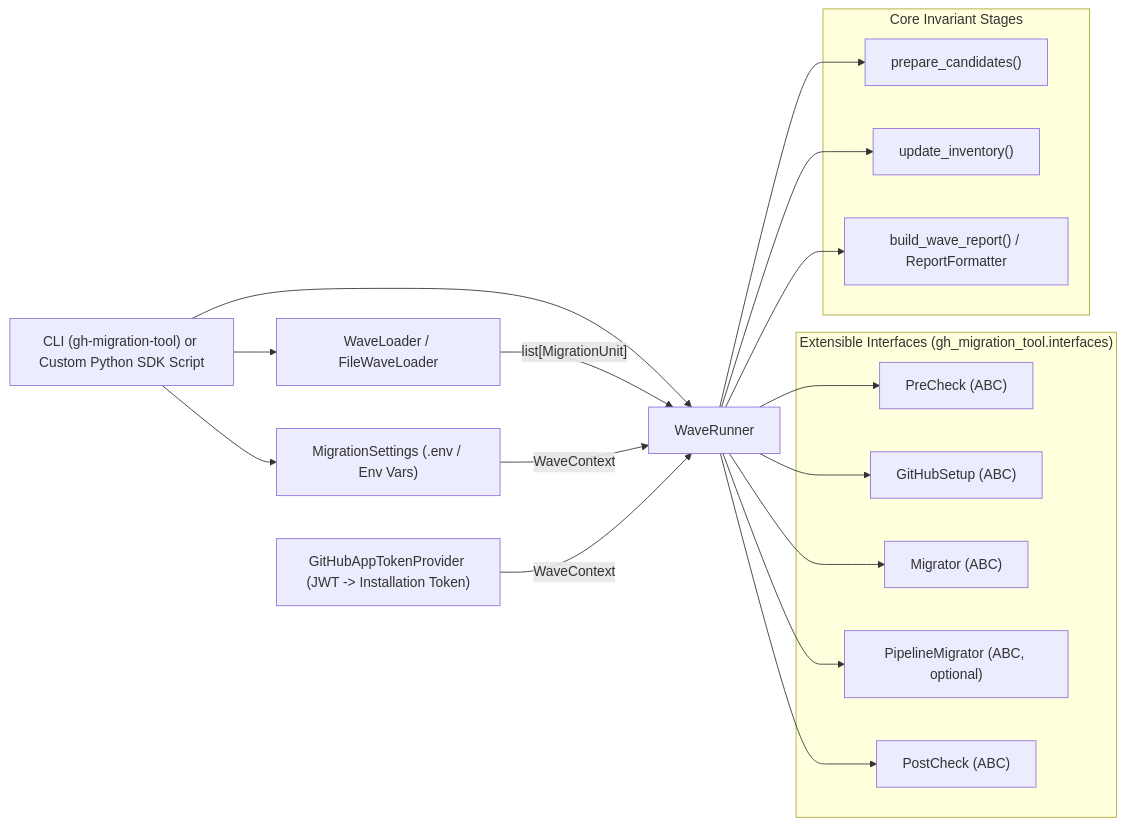
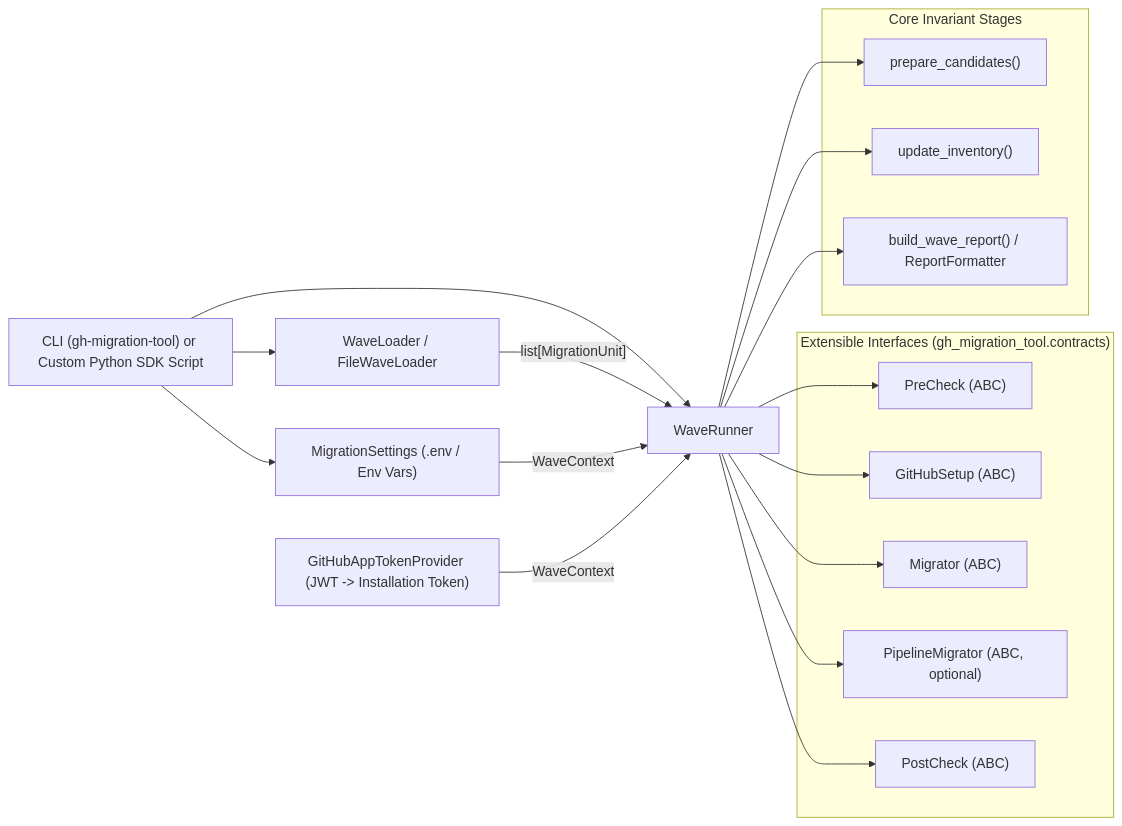
One commit to ilegra/gh-migration-tool changed the second of 2 diagrams in README.md. Above: the diagram before and after it, drawn with Mermaid. The commit also changed other lines of this file and 62 other files, not shown here.

````diff
--- a/README.md
+++ b/README.md
@@ -79,33 +79,33 @@
 ```mermaid
 flowchart LR
     Caller["CLI (gh-migration-tool) or Custom Python SDK Script"] --> Loader["WaveLoader / FileWaveLoader"]
     Caller --> Settings["MigrationSettings (.env / Env Vars)"]
     Caller --> Runner["WaveRunner"]
 
     Loader -->|"list[MigrationUnit]"| Runner
     Settings -->|"WaveContext"| Runner
     TokenProvider["GitHubAppTokenProvider (JWT -> Installation Token)"] -->|"WaveContext"| Runner
 
-    subgraph Extensible["Extensible Interfaces (gh_migration_tool.interfaces)"]
+    subgraph Extensible["Extensible Interfaces (gh_migration_tool.contracts)"]
         PreCheck["PreCheck (ABC)"]
         GitHubSetup["GitHubSetup (ABC)"]
         Migrator["Migrator (ABC)"]
         PipelineMigrator["PipelineMigrator (ABC, optional)"]
         PostCheck["PostCheck (ABC)"]
     end
 
     subgraph Core["Core Invariant Stages"]
         Prepare["prepare_candidates()"]
         Inventory["update_inventory()"]
         Report["build_wave_report() / ReportFormatter"]
     end
 
     Runner --> PreCheck
     Runner --> Prepare
     Runner --> GitHubSetup
     Runner --> Migrator
     Runner --> PipelineMigrator
     Runner --> PostCheck
     Runner --> Inventory
     Runner --> Report
 ```
````
